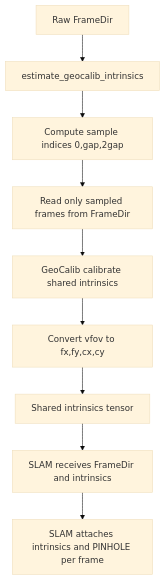
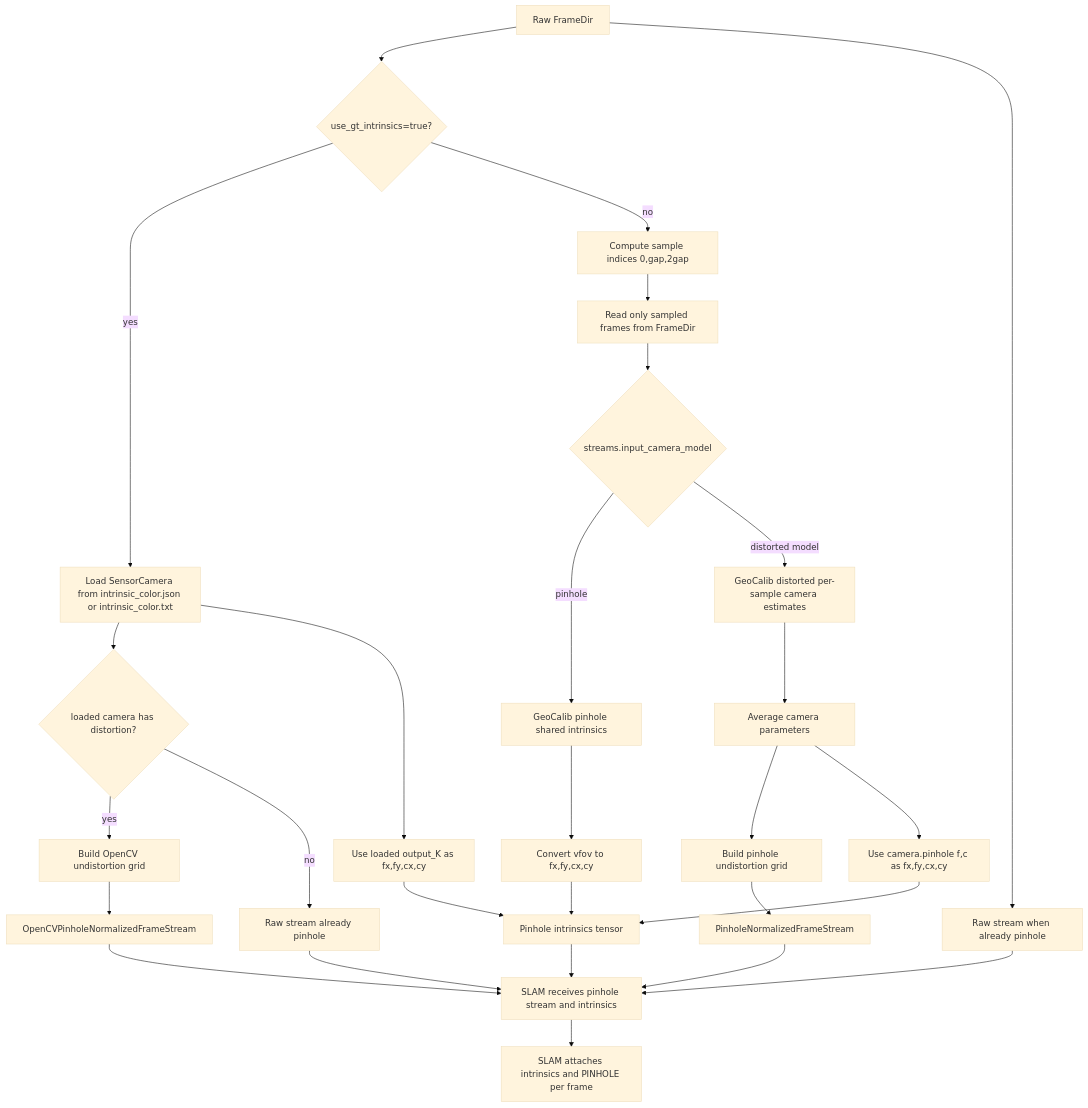
One commit to sadanand1120/vipe changed the fourth of 12 diagrams in fullexplain.md. Above: the diagram before and after it, drawn with Mermaid (base theme). The commit also changed other lines of this file and 18 other files, not shown here.

Commit message:
committing before removing depth estim and geocalib from vipe; using sensor intrinsics and sensor depth

````diff
--- a/fullexplain.md
+++ b/fullexplain.md
@@ -337,11 +363,30 @@
 ```mermaid
 flowchart TD
-    A[Raw FrameDir] --> B[estimate_geocalib_intrinsics]
-    B --> C[Compute sample indices 0,gap,2gap]
-    C --> D[Read only sampled frames from FrameDir]
-    D --> E[GeoCalib calibrate shared intrinsics]
+    A[Raw FrameDir] --> AA{use_gt_intrinsics=true?}
+    AA -->|yes| AB[Load SensorCamera from intrinsic_color.json or intrinsic_color.txt]
+    AB --> AC{loaded camera has distortion?}
+    AC -->|yes| AD[Build OpenCV undistortion grid]
+    AD --> AE[OpenCVPinholeNormalizedFrameStream]
+    AC -->|no| AF[Raw stream already pinhole]
+    AB --> AG[Use loaded output_K as fx,fy,cx,cy]
+    AA -->|no| B[Compute sample indices 0,gap,2gap]
+    B --> C[Read only sampled frames from FrameDir]
+    C --> D{streams.input_camera_model}
+    D -->|pinhole| E[GeoCalib pinhole shared intrinsics]
     E --> F[Convert vfov to fx,fy,cx,cy]
-    F --> G[Shared intrinsics tensor]
-    G --> H[SLAM receives FrameDir and intrinsics]
-    H --> I[SLAM attaches intrinsics and PINHOLE per frame]
+    D -->|distorted model| G[GeoCalib distorted per-sample camera estimates]
+    G --> H[Average camera parameters]
+    H --> I[Build pinhole undistortion grid]
+    I --> J[PinholeNormalizedFrameStream]
+    H --> K[Use camera.pinhole f,c as fx,fy,cx,cy]
+    F --> L[Pinhole intrinsics tensor]
+    K --> L
+    AG --> L
+    A --> M[Raw stream when already pinhole]
+    M --> N[SLAM receives pinhole stream and intrinsics]
+    AF --> N
+    AE --> N
+    J --> N
+    L --> N
+    N --> O[SLAM attaches intrinsics and PINHOLE per frame]
 ```
````
